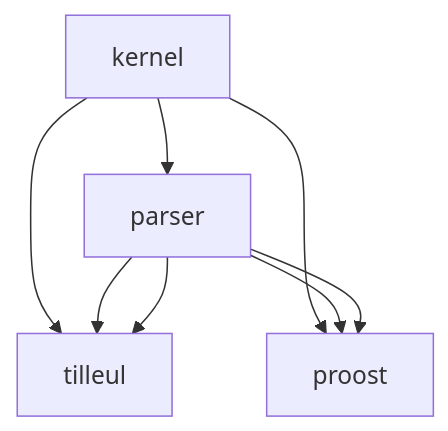
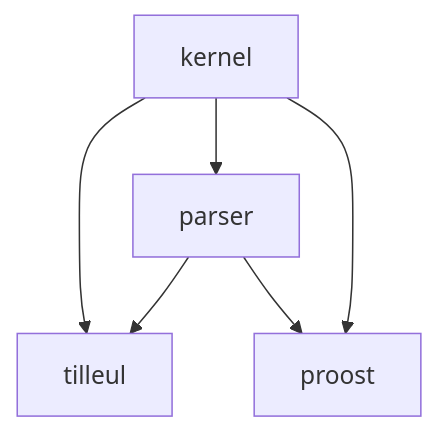
Before and after one commit to proost-assistant/proost: the diagram in README.md, drawn with Mermaid.

Commit message:
mermaid test

````diff
--- a/README.md
+++ b/README.md
@@ -20,10 +20,8 @@
 ```mermaid
 graph TD;
   kernel-->tilleul;
   kernel-->parser;
-  kernel-->proost;
-  parser-->proost;
-  parser-->tilleul;
   parser-->tilleul; 
   parser-->proost;
+  kernel-->proost;
 ```
````
